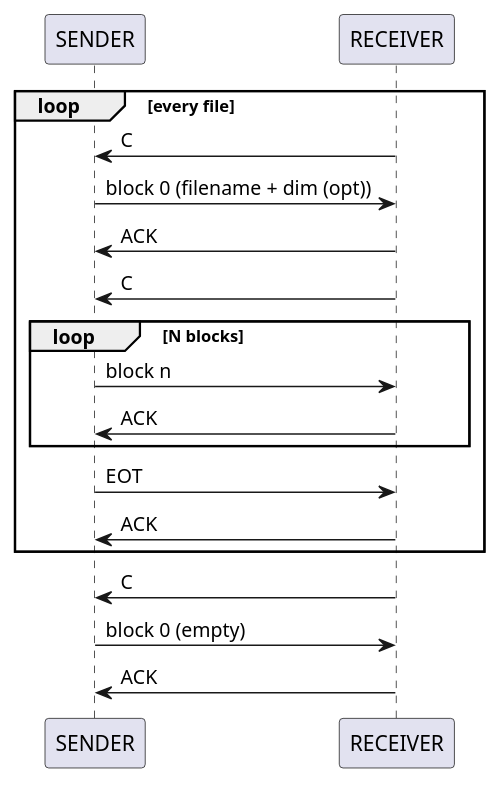
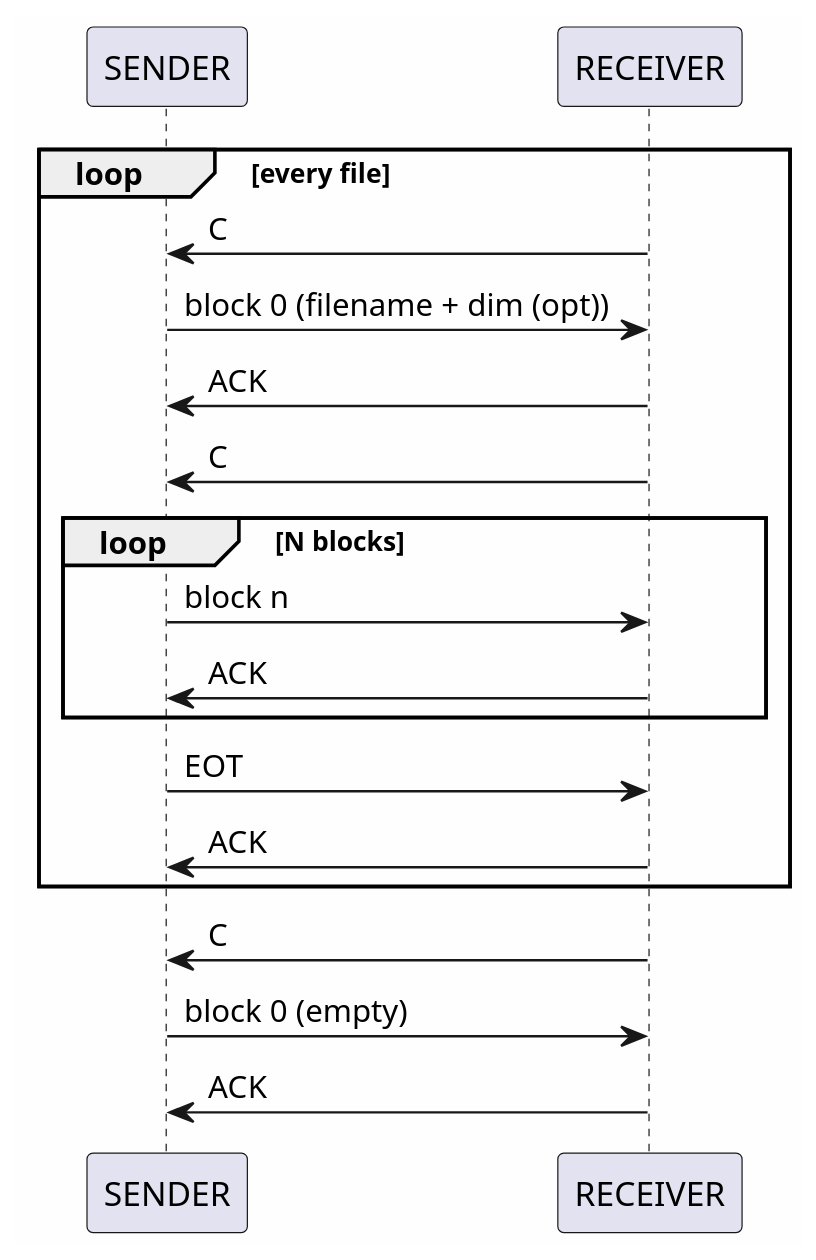
One commit to mastupristi/YAYModem changed the diagram in doc/sequence.wsd. Above: the diagram before and after it, drawn with PlantUML. The commit also changed 2 other files, not shown here.

```diff
--- a/doc/sequence.wsd
+++ b/doc/sequence.wsd
@@ -5,21 +5,25 @@
 @startuml ymodem
+
+skinparam backgroundColor #FEFEFE
+scale 1.6
+
 participant SENDER
 participant RECEIVER
 
 loop every file
     RECEIVER -> SENDER: C
     SENDER -> RECEIVER: block 0 (filename + dim (opt))
     SENDER <- RECEIVER: ACK
     SENDER <- RECEIVER: C
     loop N blocks
         SENDER -> RECEIVER: block n
         SENDER <- RECEIVER: ACK
     end
     SENDER -> RECEIVER: EOT
     SENDER <- RECEIVER: ACK
 end
 RECEIVER -> SENDER: C
 SENDER -> RECEIVER: block 0 (empty)
 SENDER <- RECEIVER: ACK
 
 @enduml
```
